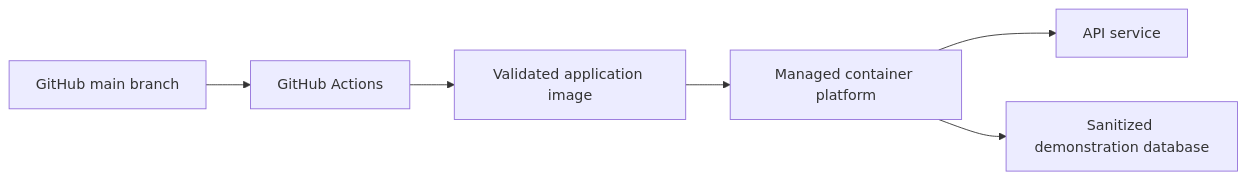
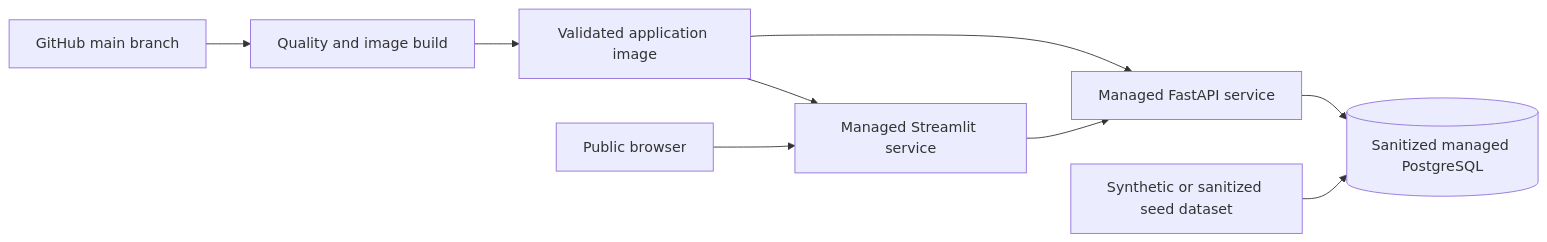
Before and after one commit to saadBr/runcoach-ai: the ninth of 9 diagrams in docs/architecture.md, drawn with Mermaid. The commit also changed other lines of this file, not shown here.

Commit message:
docs: align architecture with implemented platform

````diff
--- a/docs/architecture.md
+++ b/docs/architecture.md
@@ -348,8 +492,11 @@
 ```mermaid
 flowchart LR
-    GitHub["GitHub main branch"] --> CI["GitHub Actions"]
+    GitHub["GitHub main branch"] --> CI["Quality and image build"]
     CI --> Image["Validated application image"]
-    Image --> PaaS["Managed container platform"]
-    PaaS --> API["API service"]
-    PaaS --> DemoDB["Sanitized demonstration database"]
+    Image --> API["Managed FastAPI service"]
+    Image --> UI["Managed Streamlit service"]
+    Browser["Public browser"] --> UI
+    UI --> API
+    API --> DemoDB[("Sanitized managed PostgreSQL")]
+    Seed["Synthetic or sanitized seed dataset"] --> DemoDB
 ```
````
